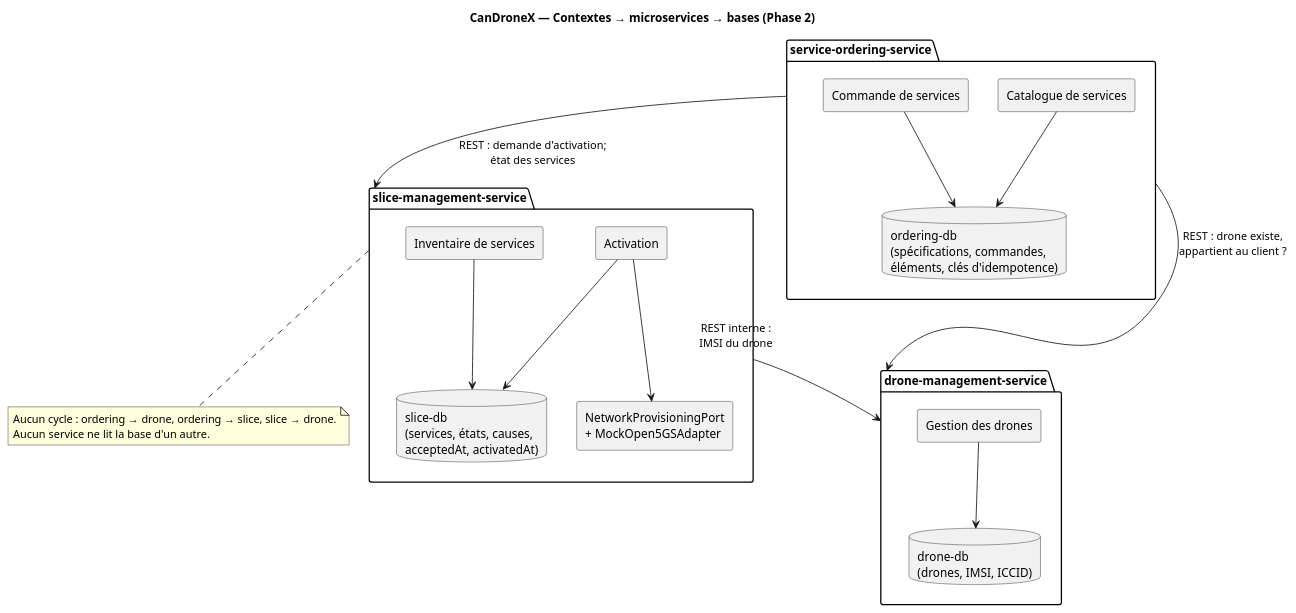
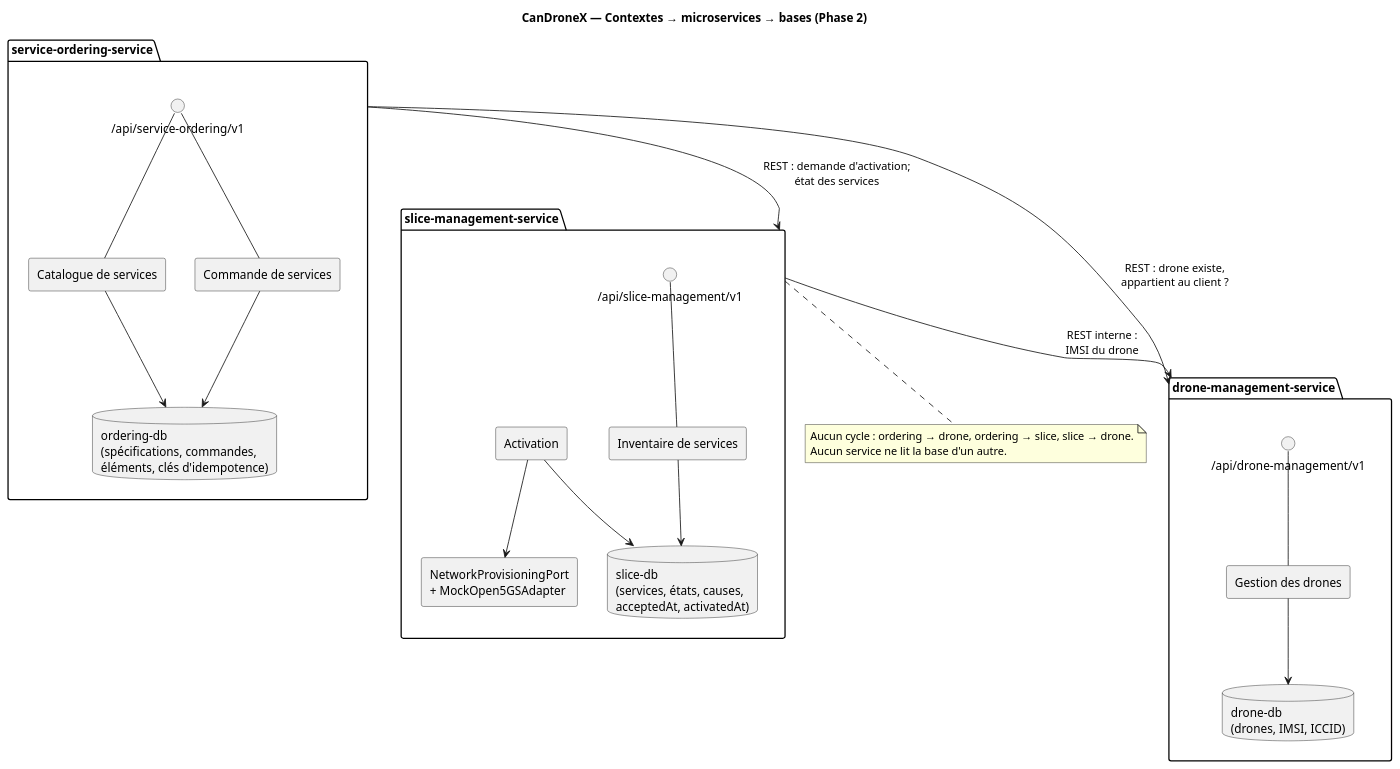
The diagram in docs/diagrams/decoupage-services.puml (COGvc/LOG430-Projet2), drawn with PlantUML before and after one commit. The commit also changed 7 other files, not shown here.

First line of the commit message:
Diagrammes à jour, résultats de la mesure finale, retrait d'un .DS_Store

```diff
--- a/docs/diagrams/decoupage-services.puml
+++ b/docs/diagrams/decoupage-services.puml
@@ -1,38 +1,45 @@
 @startuml decoupage-services
 title CanDroneX — Contextes → microservices → bases (Phase 2)
 skinparam componentStyle rectangle
 
 package "drone-management-service" as DS {
+  interface "/api/drone-management/v1" as API_D
   component "Gestion des drones" as C_Drones
   database "drone-db\n(drones, IMSI, ICCID)" as DB_Drones
 }
 
 package "service-ordering-service" as OS {
+  interface "/api/service-ordering/v1" as API_O
   component "Catalogue de services" as C_Catalogue
   component "Commande de services" as C_Commande
   database "ordering-db\n(spécifications, commandes,\néléments, clés d'idempotence)" as DB_Ordering
 }
 
 package "slice-management-service" as SS {
+  interface "/api/slice-management/v1" as API_S
   component "Activation" as C_Activation
   component "Inventaire de services" as C_Inventaire
   component "NetworkProvisioningPort\n+ MockOpen5GSAdapter" as Port
   database "slice-db\n(services, états, causes,\nacceptedAt, activatedAt)" as DB_Slice
 }
 
+API_D -- C_Drones
+API_O -- C_Catalogue
+API_O -- C_Commande
+API_S -- C_Inventaire
 C_Drones --> DB_Drones
 C_Catalogue --> DB_Ordering
 C_Commande --> DB_Ordering
 C_Activation --> DB_Slice
 C_Inventaire --> DB_Slice
 C_Activation --> Port
 
 OS --> DS : REST : drone existe,\nappartient au client ?
 OS --> SS : REST : demande d'activation;\nétat des services
 SS --> DS : REST interne :\nIMSI du drone
 
 note bottom of SS
   Aucun cycle : ordering → drone, ordering → slice, slice → drone.
   Aucun service ne lit la base d'un autre.
 end note
 @enduml
```
